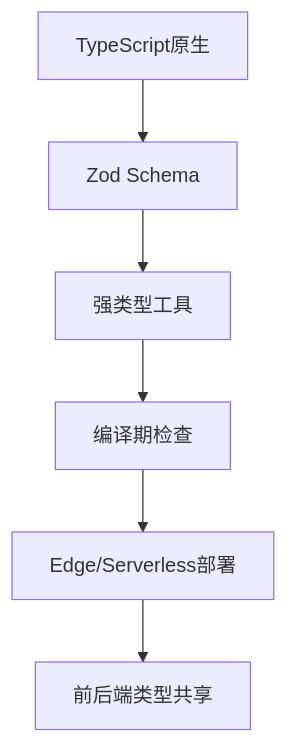
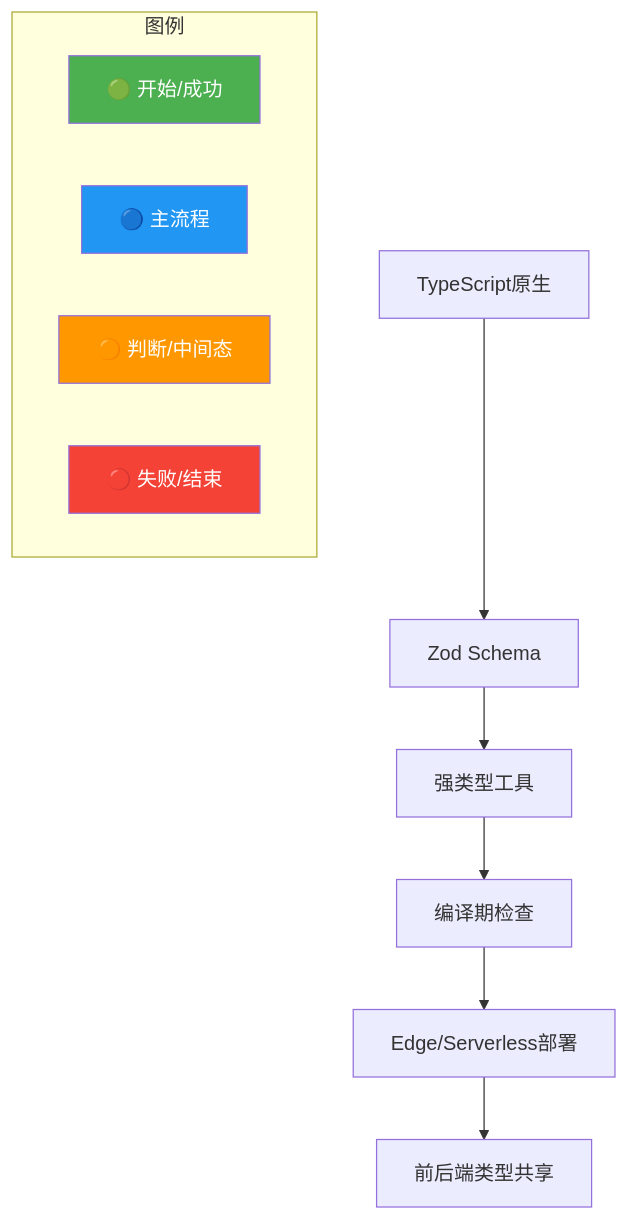
One commit to SunArthur86/interview-2026 changed the diagram in questions/ai-harness/ai-h-044.md. Above: the diagram before and after it, drawn with Mermaid. The commit also changed other lines of this file and 3180 other files, not shown here.

First line of the commit message:
Mermaid颜色增强99% + 面试频率分类(高频1571/中频1115/低频461)

````diff
--- a/questions/ai-harness/ai-h-044.md
+++ b/questions/ai-harness/ai-h-044.md
@@ -91,8 +92,28 @@
 ```mermaid
 flowchart TD
+    classDef start fill:#4CAF50,color:#fff
+    classDef process fill:#2196F3,color:#fff
+    classDef decision fill:#FF9800,color:#fff
+    classDef special fill:#9C27B0,color:#fff
+    classDef error fill:#f44336,color:#fff
+    classDef info fill:#607D8B,color:#fff
+    class CompileCheck start
+    class Deploy process
+    class Edge decision
+    class Frontend special
+    class Schema error
+    class TS info
+    class Tool start
+    class Zod process
     TS[TypeScript原生] --> Zod[Zod Schema]
     Zod --> Tool[强类型工具]
     Tool --> CompileCheck[编译期检查]
     CompileCheck --> Deploy[Edge/Serverless部署]
     Deploy --> Frontend[前后端类型共享]
+    subgraph Legend["图例"]
+        L1["🟢 开始/成功"]:::start
+        L2["🔵 主流程"]:::process
+        L3["🟠 判断/中间态"]:::decision
+        L4["🔴 失败/结束"]:::error
+    end
 ```
````
